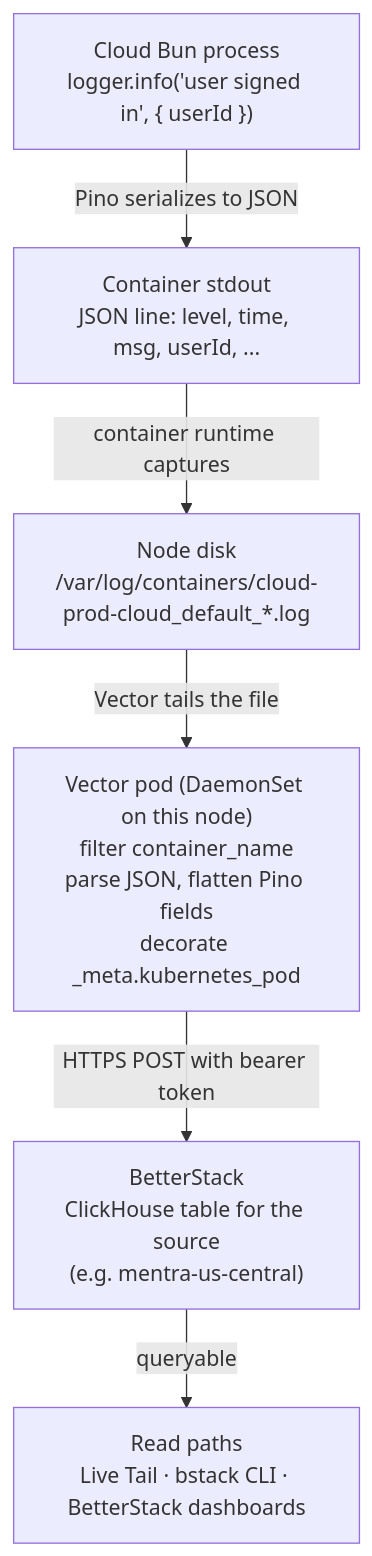
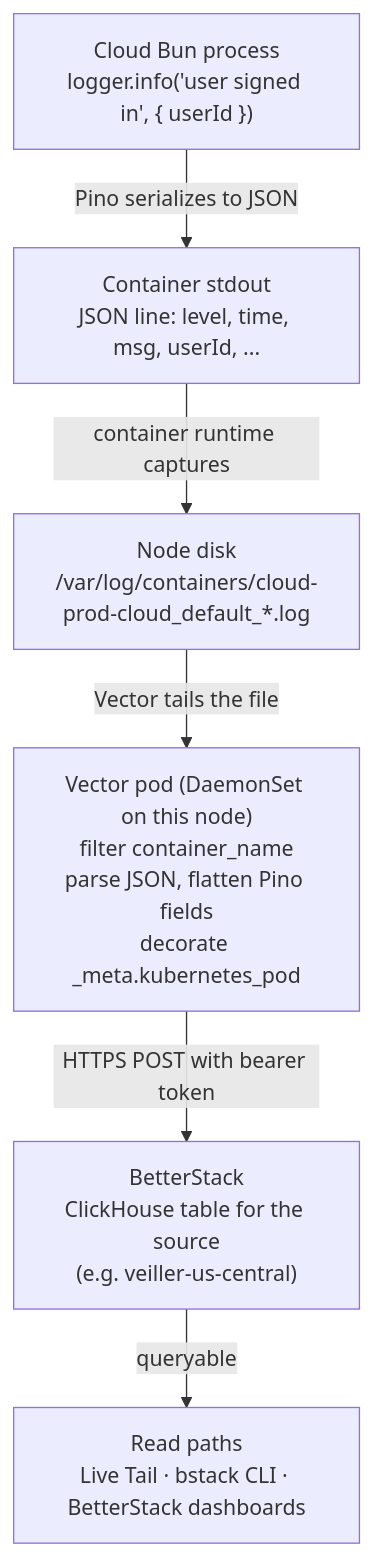
Before and after one commit to xerktech/Veiller: the diagram in cloud/runbooks/betterstack/concepts.md, drawn with Mermaid. The commit also changed other lines of this file and 2317 other files, not shown here.

````diff
--- a/cloud/runbooks/betterstack/concepts.md
+++ b/cloud/runbooks/betterstack/concepts.md
@@ -164,15 +164,15 @@
 ```mermaid
 flowchart TD
   A["Cloud Bun process<br/>logger.info('user signed in', { userId })"]
   B["Container stdout<br/>JSON line: level, time, msg, userId, ..."]
   C["Node disk<br/>/var/log/containers/cloud-prod-cloud_default_*.log"]
   D["Vector pod (DaemonSet on this node)<br/>filter container_name<br/>parse JSON, flatten Pino fields<br/>decorate _meta.kubernetes_pod"]
-  E["BetterStack<br/>ClickHouse table for the source<br/>(e.g. mentra-us-central)"]
+  E["BetterStack<br/>ClickHouse table for the source<br/>(e.g. veiller-us-central)"]
   F["Read paths<br/>Live Tail · bstack CLI · BetterStack dashboards"]
 
   A -->|Pino serializes to JSON| B
   B -->|container runtime captures| C
   C -->|Vector tails the file| D
   D -->|HTTPS POST with bearer token| E
   E -->|queryable| F
 ```
````
